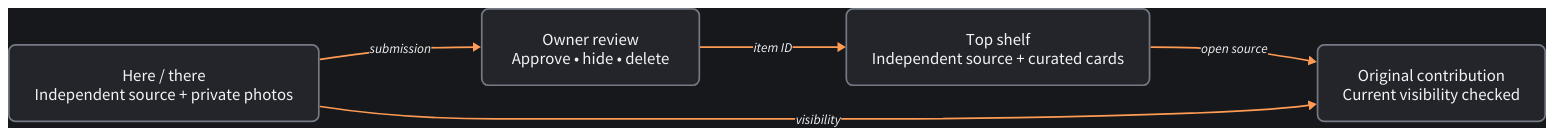
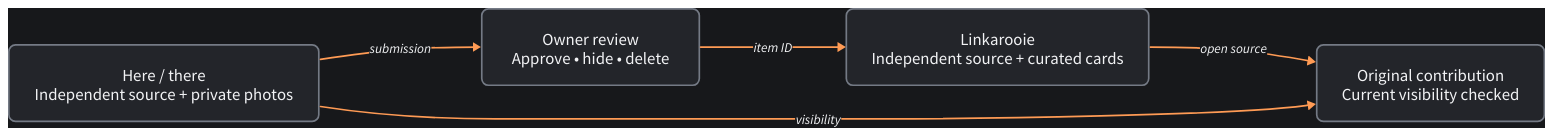
Before and after one commit to loftwah/app-composer: the diagram in public/diagrams/composition-journey.d2, drawn with D2. The commit also changed 26 other files, not shown here.

```diff
--- a/public/diagrams/composition-journey.d2
+++ b/public/diagrams/composition-journey.d2
@@ -1,13 +1,13 @@
 direction: right
 style.fill: "#17181b"
 vars: { d2-config: { pad: 20 } }
 *.style: { font-size: 20; bold: false; fill: "#23252a"; stroke: "#747a85"; font-color: "#f2f3f5"; border-radius: 8 }
 (* -> *)[*].style: { stroke: "#ff9b55"; font-color: "#f2f3f5"; font-size: 16 }
 guestbook: Here / there\nIndependent source + private photos
 review: Owner review\nApprove • hide • delete
-showcase: Top shelf\nIndependent source + curated cards
+showcase: Linkarooie\nIndependent source + curated cards
 original: Original contribution\nCurrent visibility checked
  guestbook -> review: submission
  review -> showcase: item ID
  showcase -> original: open source
  guestbook -> original: visibility
```
